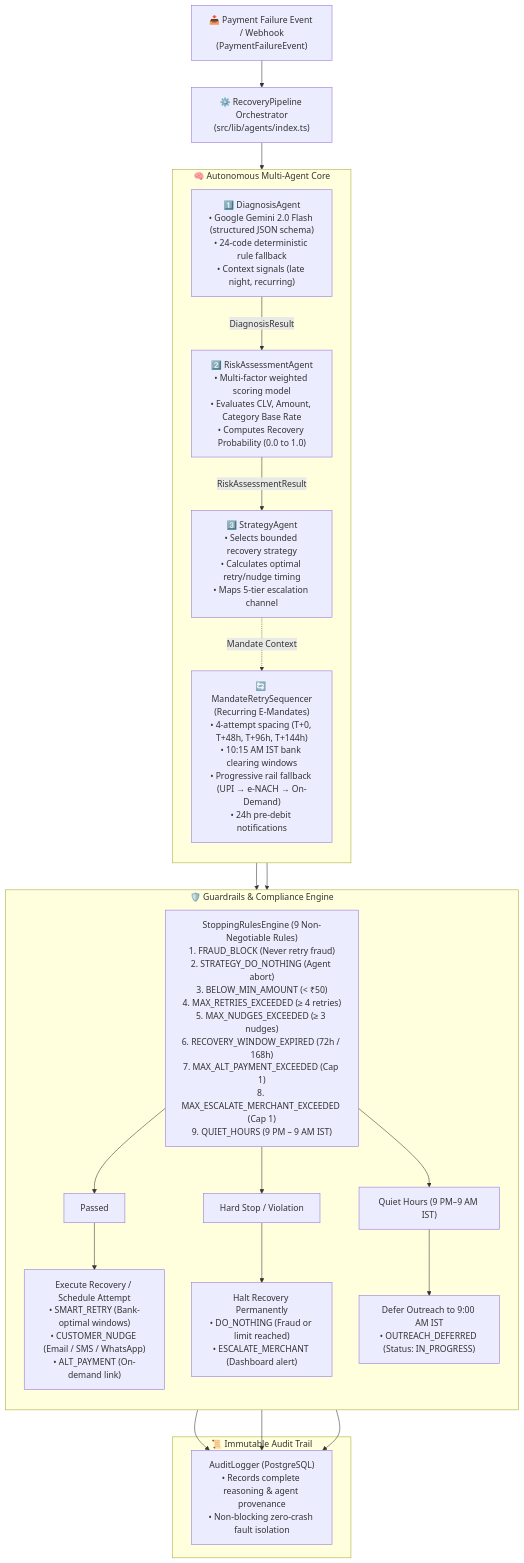
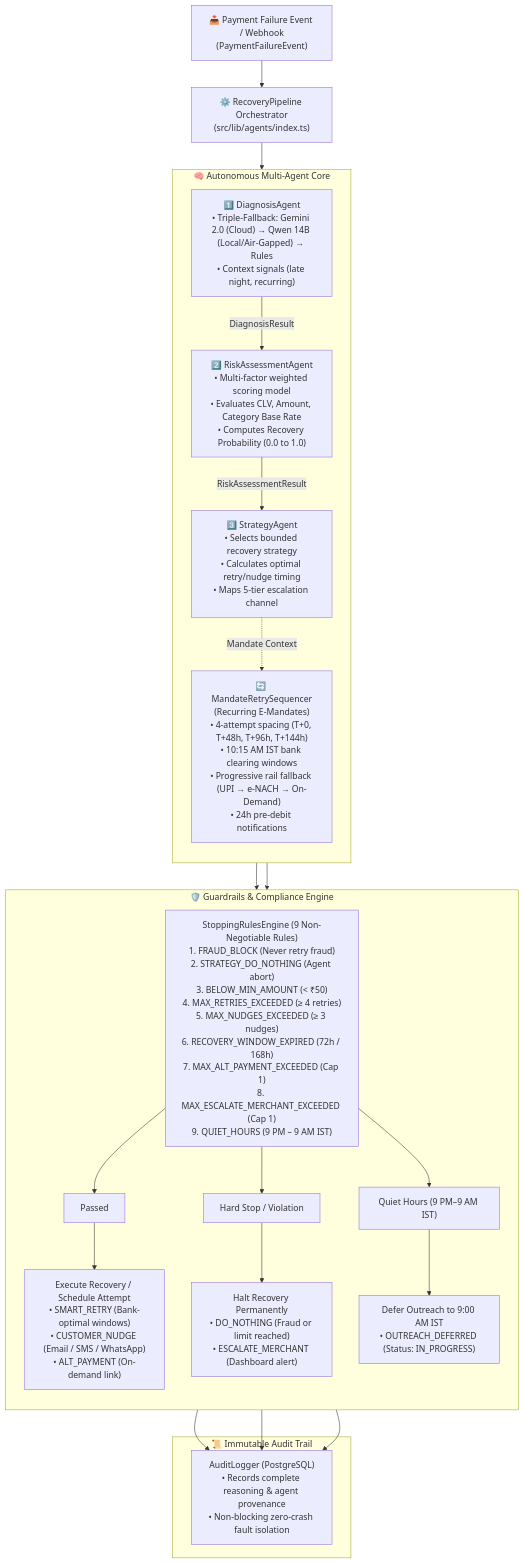
Before and after one commit to vishalkumar-ai25/revive-ai: the diagram in README.md, drawn with Mermaid. The commit also changed other lines of this file, not shown here.

Commit message:
docs: finalize architecture diagram and badges for Triple-Fallback AI Engine

````diff
--- a/README.md
+++ b/README.md
@@ -32,52 +32,52 @@
 ```mermaid
 flowchart TD
     WH["📥 Payment Failure Event / Webhook<br/>(PaymentFailureEvent)"] --> ORCH["⚙️ RecoveryPipeline Orchestrator<br/>(src/lib/agents/index.ts)"]
 
     subgraph MultiAgentCore["🧠 Autonomous Multi-Agent Core"]
         direction TB
         
-        A1["1️⃣ DiagnosisAgent<br/>• Google Gemini 2.0 Flash (structured JSON schema)<br/>• 24-code deterministic rule fallback<br/>• Context signals (late night, recurring)"]
+        A1["1️⃣ DiagnosisAgent<br/>• Triple-Fallback: Gemini 2.0 (Cloud) → Qwen 14B (Local/Air-Gapped) → Rules<br/>• Context signals (late night, recurring)"]
         
         A2["2️⃣ RiskAssessmentAgent<br/>• Multi-factor weighted scoring model<br/>• Evaluates CLV, Amount, Category Base Rate<br/>• Computes Recovery Probability (0.0 to 1.0)"]
         
         A3["3️⃣ StrategyAgent<br/>• Selects bounded recovery strategy<br/>• Calculates optimal retry/nudge timing<br/>• Maps 5-tier escalation channel"]
 
         A4["🔄 MandateRetrySequencer<br/>(Recurring E-Mandates)<br/>• 4-attempt spacing (T+0, T+48h, T+96h, T+144h)<br/>• 10:15 AM IST bank clearing windows<br/>• Progressive rail fallback (UPI → e-NACH → On-Demand)<br/>• 24h pre-debit notifications"]
 
         A1 -->|DiagnosisResult| A2
         A2 -->|RiskAssessmentResult| A3
         A3 -.->|Mandate Context| A4
     end
 
     ORCH --> A1
 
     subgraph Guardrails["🛡️ Guardrails & Compliance Engine"]
         direction TB
         SRE["StoppingRulesEngine (9 Non-Negotiable Rules)<br/>1. FRAUD_BLOCK (Never retry fraud)<br/>2. STRATEGY_DO_NOTHING (Agent abort)<br/>3. BELOW_MIN_AMOUNT (< ₹50)<br/>4. MAX_RETRIES_EXCEEDED (≥ 4 retries)<br/>5. MAX_NUDGES_EXCEEDED (≥ 3 nudges)<br/>6. RECOVERY_WINDOW_EXPIRED (72h / 168h)<br/>7. MAX_ALT_PAYMENT_EXCEEDED (Cap 1)<br/>8. MAX_ESCALATE_MERCHANT_EXCEEDED (Cap 1)<br/>9. QUIET_HOURS (9 PM – 9 AM IST)"]
         
         P1["Passed"]
         P2["Hard Stop / Violation"]
         P3["Quiet Hours (9 PM–9 AM IST)"]
         
         SRE --> P1 & P2 & P3
         
         ACT_EXEC["Execute Recovery / Schedule Attempt<br/>• SMART_RETRY (Bank-optimal windows)<br/>• CUSTOMER_NUDGE (Email / SMS / WhatsApp)<br/>• ALT_PAYMENT (On-demand link)"]
         ACT_HALT["Halt Recovery Permanently<br/>• DO_NOTHING (Fraud or limit reached)<br/>• ESCALATE_MERCHANT (Dashboard alert)"]
         ACT_DEFER["Defer Outreach to 9:00 AM IST<br/>• OUTREACH_DEFERRED (Status: IN_PROGRESS)"]
         
         P1 --> ACT_EXEC
         P2 --> ACT_HALT
         P3 --> ACT_DEFER
     end
 
     A3 --> SRE
     A4 --> SRE
 
     subgraph Provenance["📜 Immutable Audit Trail"]
         AUDIT["AuditLogger (PostgreSQL)<br/>• Records complete reasoning & agent provenance<br/>• Non-blocking zero-crash fault isolation"]
     end
 
     ACT_EXEC --> AUDIT
     ACT_HALT --> AUDIT
     ACT_DEFER --> AUDIT
 ```
````
